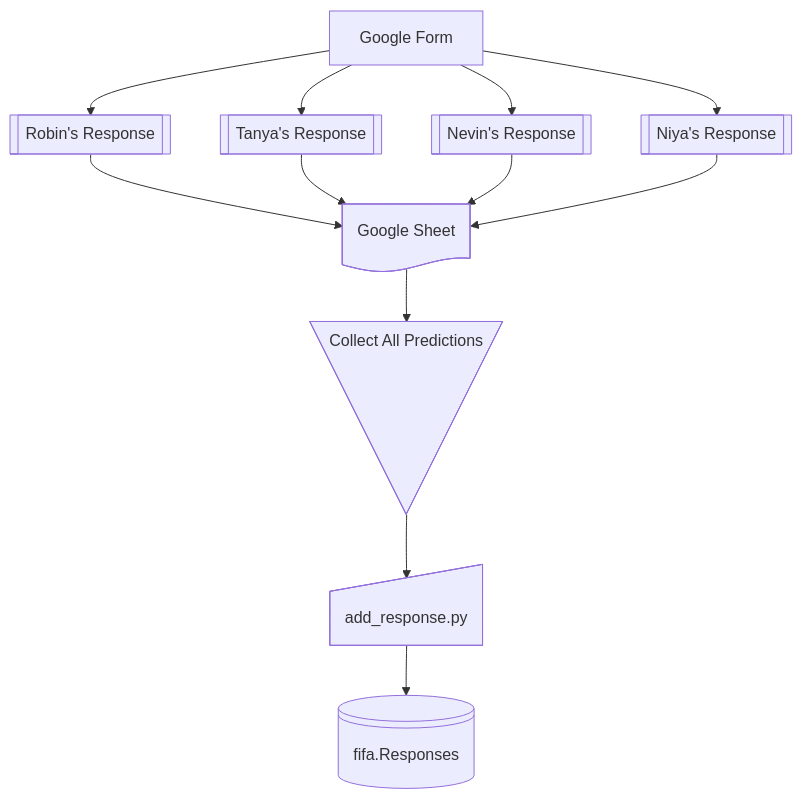
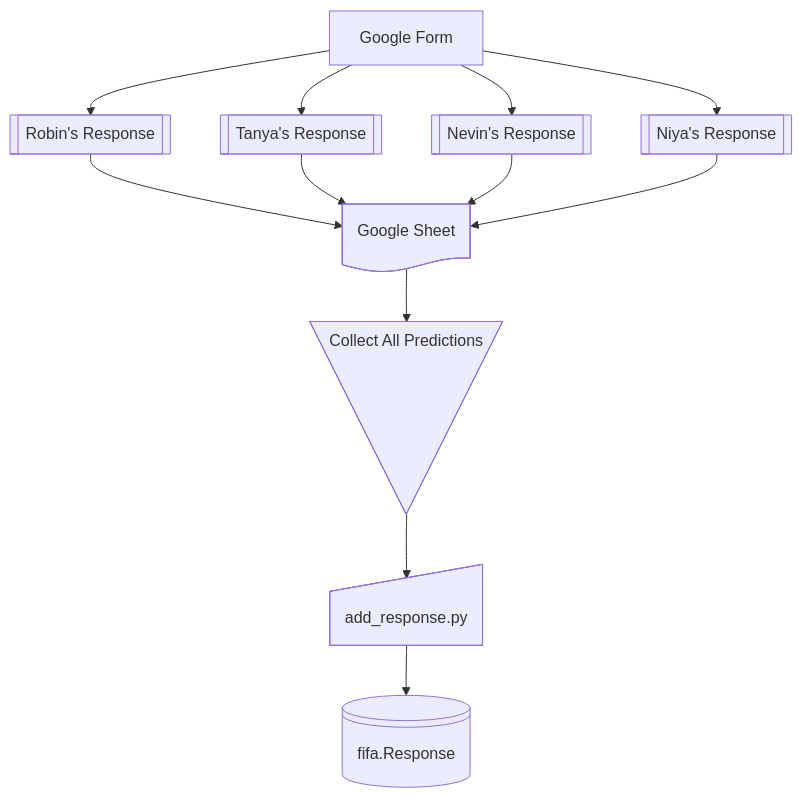
One commit to nevinbeno/family-fifa-predictor changed the first of 3 diagrams in workflow.md. Above: the diagram before and after it, drawn with Mermaid. The commit also changed other lines of this file, not shown here.

Commit message:
publish_result: flowchart added

````diff
--- a/workflow.md
+++ b/workflow.md
@@ -3,17 +3,17 @@
 ```mermaid
 flowchart TD
     A[Google Form] --> B["Robin's Response"]@{shape: fr-rect}
     A --> C["Tanya's Response"]@{shape: fr-rect}
     A --> D["Nevin's Response"]@{shape: fr-rect}
     A --> E["Niya's Response"]@{shape: fr-rect}
     B --> F["Google Sheet"]@{shape: doc}
     C --> F
     D --> F
     E --> F
     Collect["Collect All Predictions"]@{shape: flip-tri}
     F --> Collect
     response["add_response.py"]@{shape: sl-rect}
     Collect --> response
-    database["fifa.Responses"]@{shape: lin-cyl}
+    database["fifa.Response"]@{shape: lin-cyl}
     response --> database
 ```
````
